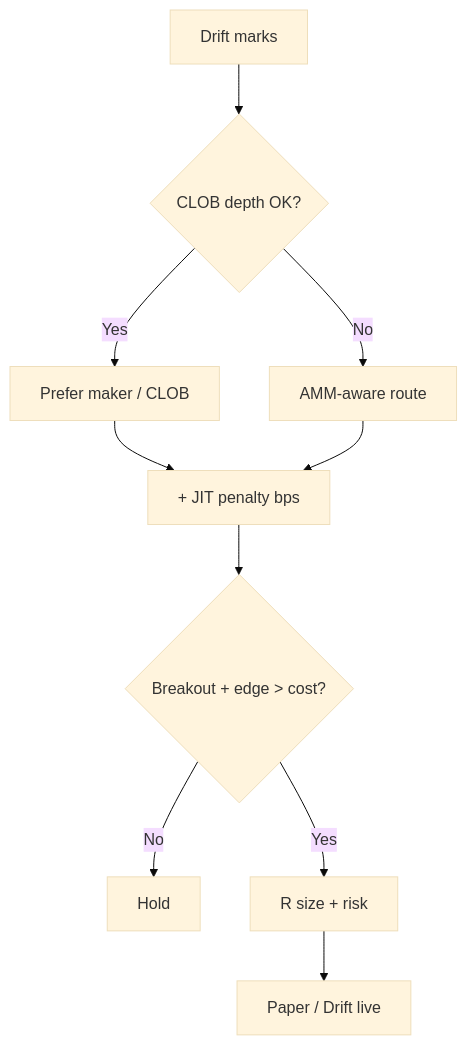
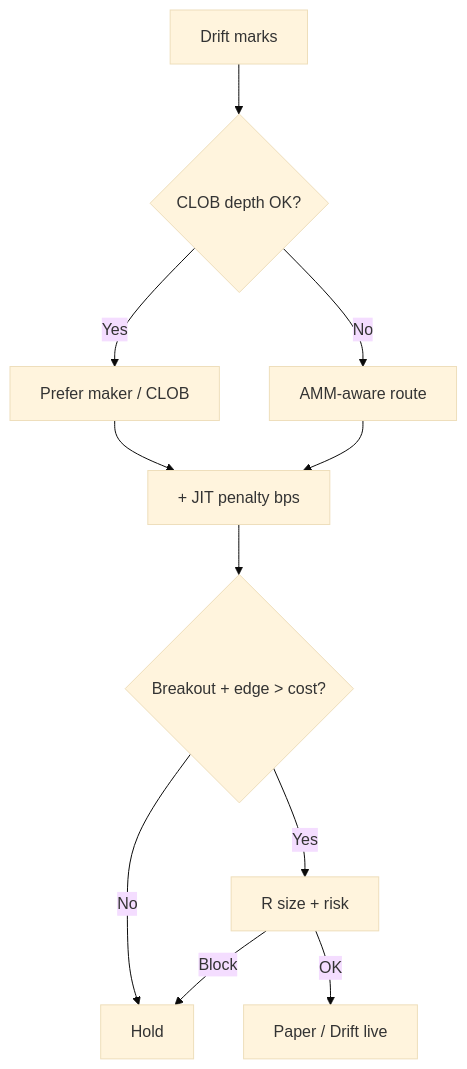
Before and after one commit to Drift-Trading-Lab/drift-protocol-perp-trading-bot: the second of 3 diagrams in README.md, drawn with Mermaid (base theme). The commit also changed other lines of this file and 4 other files, not shown here.

````diff
--- a/README.md
+++ b/README.md
@@ -99,12 +104,13 @@
 ```mermaid
 flowchart TD
   T[Drift marks] --> M{CLOB depth OK?}
   M -->|Yes| C[Prefer maker / CLOB]
   M -->|No| A[AMM-aware route]
   C --> J[+ JIT penalty bps]
   A --> J
   J --> B{Breakout + edge > cost?}
   B -->|No| H[Hold]
   B -->|Yes| R[R size + risk]
-  R --> X[Paper / Drift live]
+  R -->|OK| X[Paper / Drift live]
+  R -->|Block| H
 ```
````
